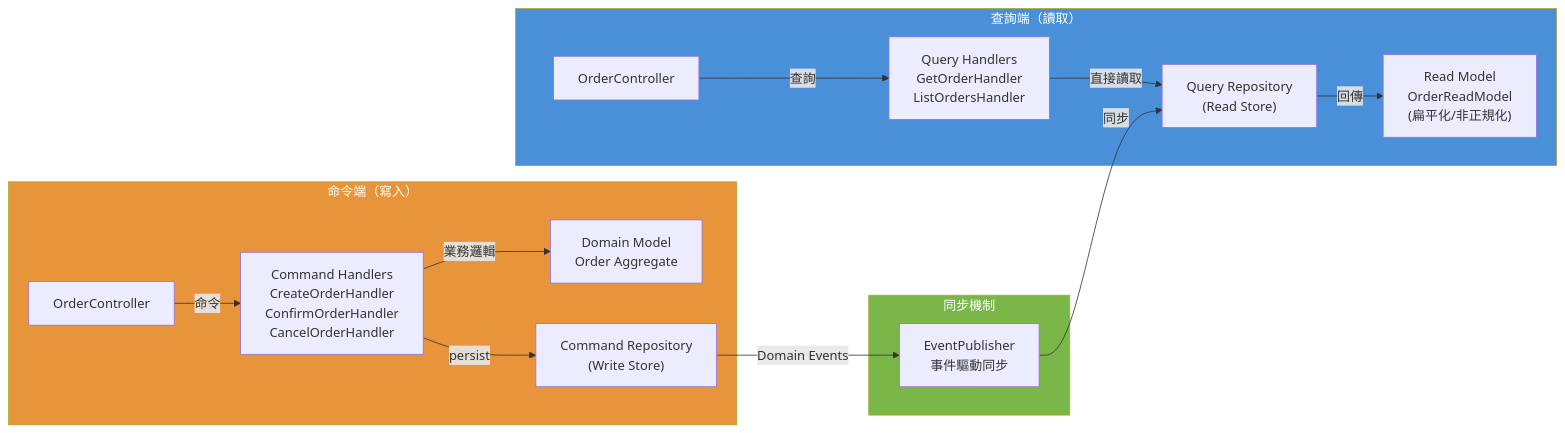
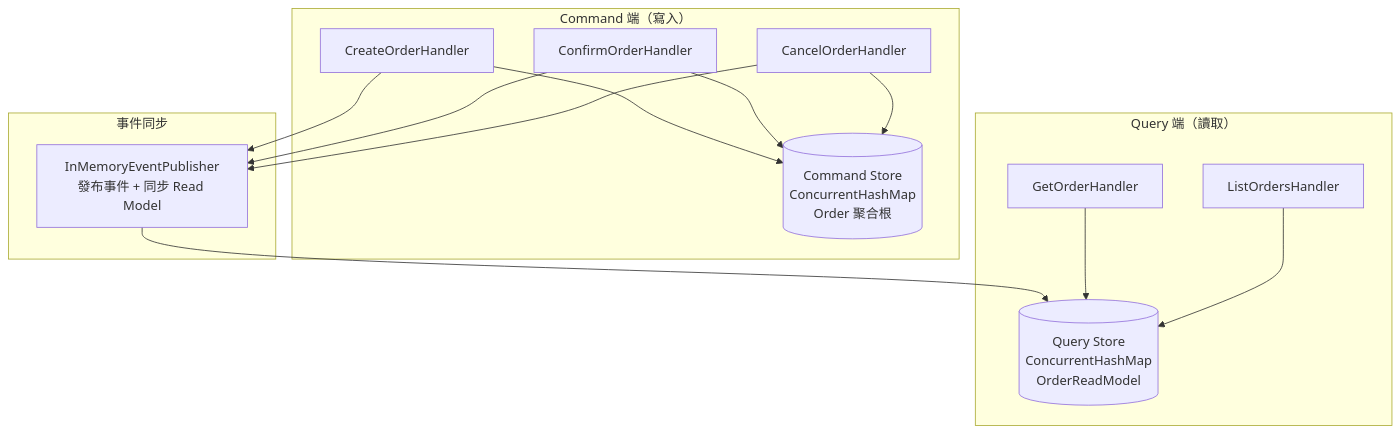
Diagram 13 of 14 in README.md (ChunPingWang/solid-hexagonal-cqrs-tutorial), drawn with Mermaid before and after one commit. The commit also changed other lines of this file and 89 other files, not shown here.

````diff
--- a/README.md
+++ b/README.md
@@ -893,35 +522,24 @@
 ```mermaid
-graph LR
-    subgraph CommandSide["命令端（寫入）"]
-        CC["OrderController"]
-        CH["Command Handlers<br/>CreateOrderHandler<br/>ConfirmOrderHandler<br/>CancelOrderHandler"]
-        DM["Domain Model<br/>Order Aggregate"]
-        WS["Command Repository<br/>(Write Store)"]
-
-        CC -->|命令| CH
-        CH -->|業務邏輯| DM
-        CH -->|persist| WS
+graph TB
+    subgraph "Command 端（寫入）"
+        C1["CreateOrderHandler"]
+        C2["ConfirmOrderHandler"]
+        C3["CancelOrderHandler"]
+        CR[("Command Store<br/>ConcurrentHashMap<br/>Order 聚合根")]
     end
 
-    subgraph Sync["同步機制"]
-        EP["EventPublisher<br/>事件驅動同步"]
+    subgraph "事件同步"
+        EP["InMemoryEventPublisher<br/>發布事件 + 同步 Read Model"]
     end
 
-    subgraph QuerySide["查詢端（讀取）"]
-        QC["OrderController"]
-        QH["Query Handlers<br/>GetOrderHandler<br/>ListOrdersHandler"]
-        RM["Read Model<br/>OrderReadModel<br/>(扁平化/非正規化)"]
-        RS["Query Repository<br/>(Read Store)"]
-
-        QC -->|查詢| QH
-        QH -->|直接讀取| RS
-        RS -->|回傳| RM
+    subgraph "Query 端（讀取）"
+        Q1["GetOrderHandler"]
+        Q2["ListOrdersHandler"]
+        QR[("Query Store<br/>ConcurrentHashMap<br/>OrderReadModel")]
     end
 
-    WS -->|Domain Events| EP
-    EP -->|同步| RS
-
-    style CommandSide fill:#e8943a,color:#fff
-    style QuerySide fill:#4a90d9,color:#fff
-    style Sync fill:#7ab648,color:#fff
+    C1 & C2 & C3 --> CR
+    C1 & C2 & C3 --> EP
+    EP --> QR
+    Q1 & Q2 --> QR
 ```
````
